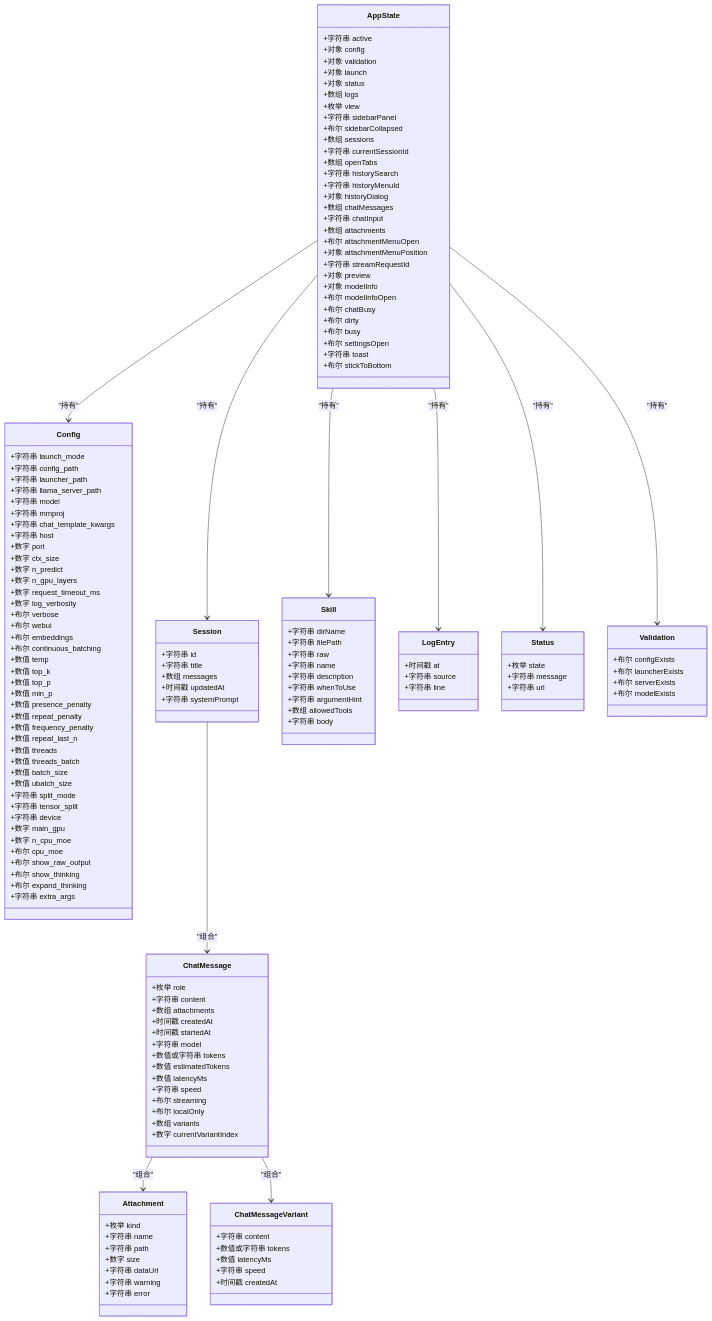
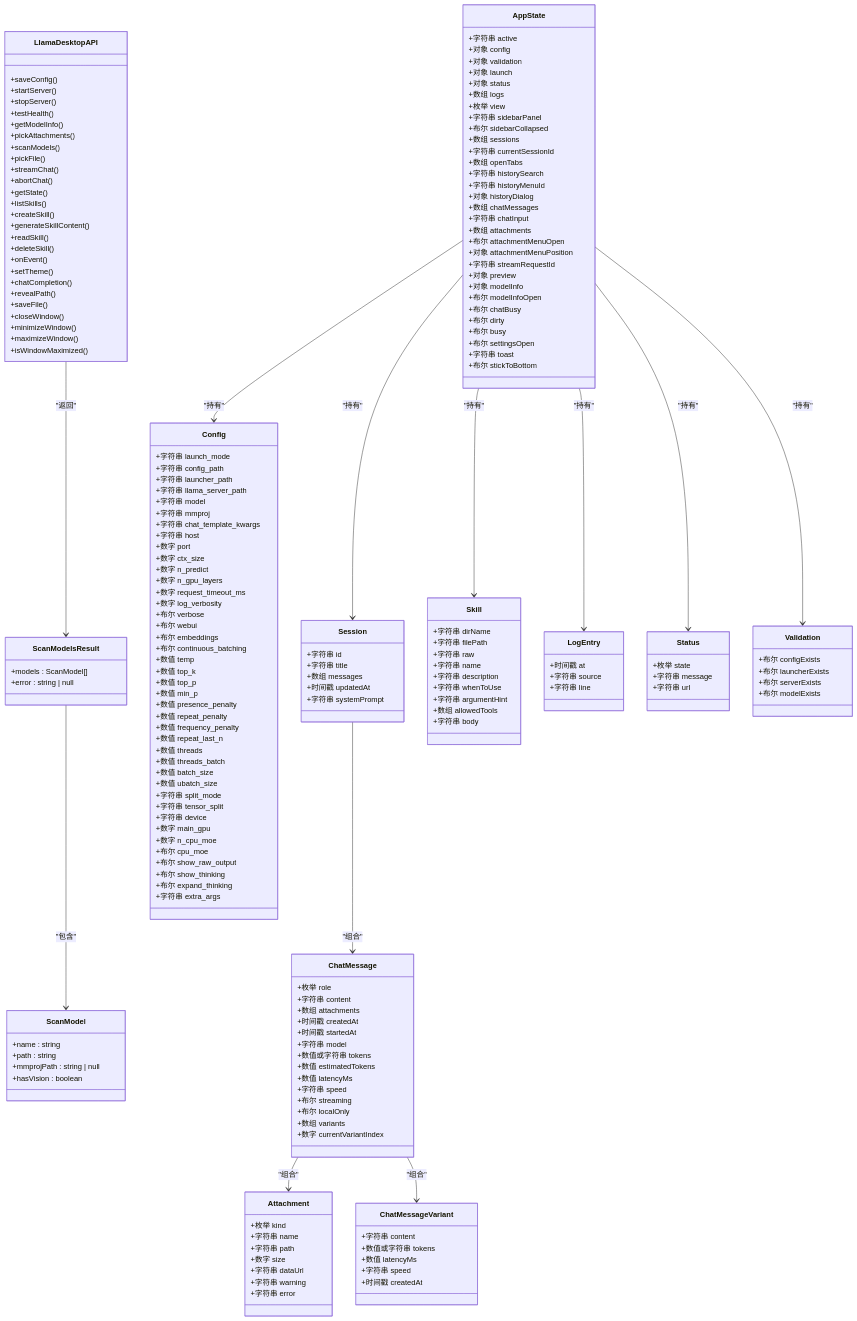
Before and after one commit to linkin770/illama-cpp-desktop: the third of 5 diagrams in .qoder/repowiki/zh/content/数据模型.md, drawn with Mermaid. The commit also changed other lines of this file and 23 other files, not shown here.

````diff
--- a/.qoder/repowiki/zh/content/数据模型.md
+++ b/.qoder/repowiki/zh/content/数据模型.md
@@ -180,5 +220,42 @@
 ```mermaid
 classDiagram
+class LlamaDesktopAPI {
++saveConfig()
++startServer()
++stopServer()
++testHealth()
++getModelInfo()
++pickAttachments()
++scanModels()
++pickFile()
++streamChat()
++abortChat()
++getState()
++listSkills()
++createSkill()
++generateSkillContent()
++readSkill()
++deleteSkill()
++onEvent()
++setTheme()
++chatCompletion()
++revealPath()
++saveFile()
++closeWindow()
++minimizeWindow()
++maximizeWindow()
++isWindowMaximized()
+}
+class ScanModelsResult {
++models : ScanModel[]
++error : string | null
+}
+class ScanModel {
++name : string
++path : string
++mmprojPath : string | null
++hasVision : boolean
+}
 class Config {
 +字符串 launch_mode
 +字符串 config_path
@@ -319,6 +396,8 @@
 +字符串 toast
 +布尔 stickToBottom
 }
+LlamaDesktopAPI --> ScanModelsResult : "返回"
+ScanModelsResult --> ScanModel : "包含"
 ChatMessage --> Attachment : "组合"
 ChatMessage --> ChatMessageVariant : "组合"
 Session --> ChatMessage : "组合"
````
